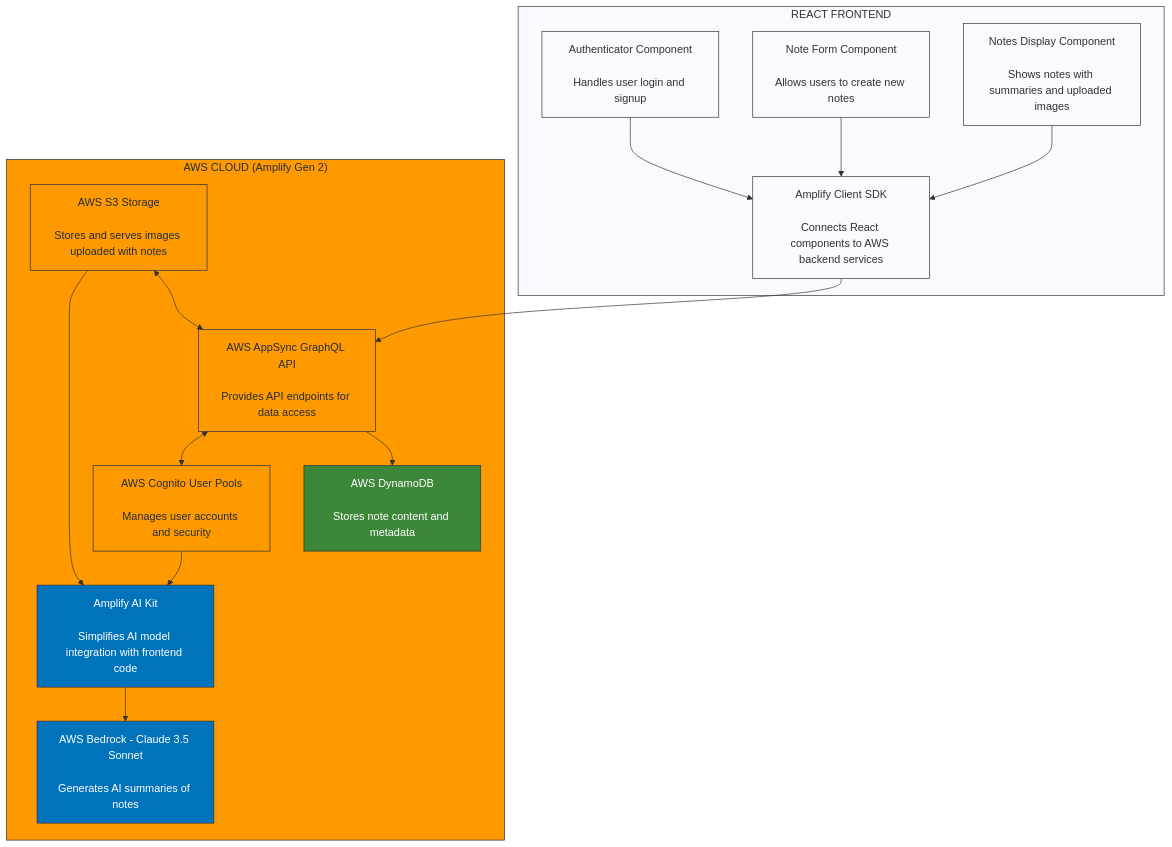
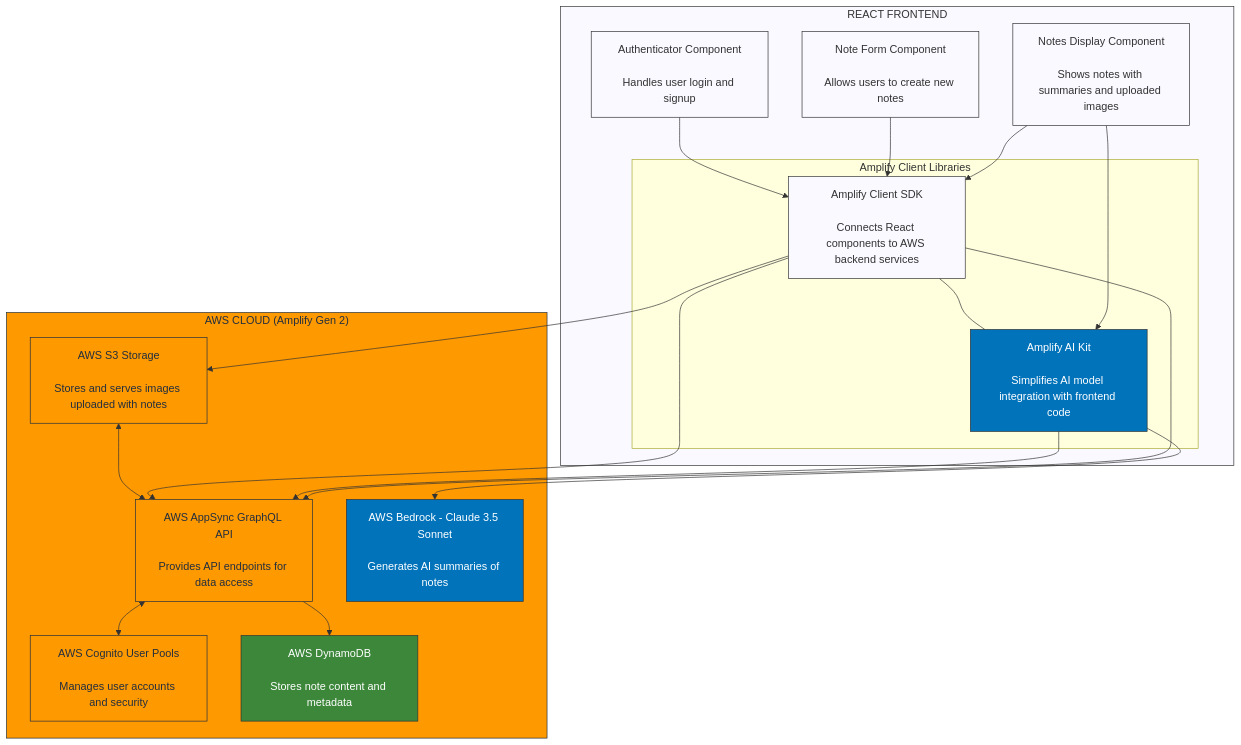
The diagram in README.md (d700qt/react-ai-full-stack-app), drawn with Mermaid before and after one commit. The commit also changed other lines of this file, not shown here.

````diff
--- a/README.md
+++ b/README.md
@@ -11,47 +11,56 @@
 ```mermaid
 flowchart TD
     %% Frontend Section
     subgraph Frontend["REACT FRONTEND"]
-        Auth["Authenticator Component\n\nHandles user login and signup"]
-        Form["Note Form Component\n\nAllows users to create new notes"]
-        Display["Notes Display Component\n\nShows notes with summaries and uploaded images"]
-        SDK["Amplify Client SDK\n\nConnects React components to AWS backend services"]
+        Auth["Authenticator Component<br><br>Handles user login and signup"]
+        Form["Note Form Component<br><br>Allows users to create new notes"]
+        Display["Notes Display Component<br><br>Shows notes with summaries and uploaded images"]
+        
+        subgraph ClientSDK["Amplify Client Libraries"]
+            SDK["Amplify Client SDK<br><br>Connects React components to AWS backend services"]
+            AIKit["Amplify AI Kit<br><br>Simplifies AI model integration with frontend code"]
+            
+            SDK --- AIKit
+        end
         
         Auth --> SDK
         Form --> SDK
         Display --> SDK
+        Display --> AIKit
     end
     
     %% Backend Section
     subgraph Cloud["AWS CLOUD (Amplify Gen 2)"]
-        Cognito["AWS Cognito User Pools\n\nManages user accounts and security"]
-        AppSync["AWS AppSync GraphQL API\n\nProvides API endpoints for data access"]
-        S3["AWS S3 Storage\n\nStores and serves images uploaded with notes"]
-        DynamoDB["AWS DynamoDB\n\nStores note content and metadata"]
-        AIKit["Amplify AI Kit\n\nSimplifies AI model integration with frontend code"]
-        Bedrock["AWS Bedrock - Claude 3.5 Sonnet\n\nGenerates AI summaries of notes"]
+        Cognito["AWS Cognito User Pools<br><br>Manages user accounts and security"]
+        AppSync["AWS AppSync GraphQL API<br><br>Provides API endpoints for data access"]
+        S3["AWS S3 Storage<br><br>Stores and serves images uploaded with notes"]
+        DynamoDB["AWS DynamoDB<br><br>Stores note content and metadata"]
+        Bedrock["AWS Bedrock - Claude 3.5 Sonnet<br><br>Generates AI summaries of notes"]
         
         AppSync --> DynamoDB
         AppSync <--> Cognito
         S3 <--> AppSync
-        Cognito --> AIKit
-        S3 --> AIKit
-        AIKit --> Bedrock
     end
+    
+    %% Connections between Frontend and Backend
+    SDK --> AppSync
+    SDK --> S3
+    AIKit --> Bedrock
+    AIKit --> AppSync
     
     %% Connection between Frontend and Backend
     SDK --> AppSync
     
     %% Styling
     classDef frontend fill:#f9f9ff,stroke:#333,stroke-width:1px
     classDef aws fill:#FF9900,stroke:#232F3E,stroke-width:1px,color:#232F3E
     classDef database fill:#3C873A,stroke:#333,stroke-width:1px,color:white
     classDef ai fill:#0073BB,stroke:#333,stroke-width:1px,color:white
     
     class Frontend frontend
     class Auth,Form,Display,SDK frontend
     class Cloud aws
     class Cognito,AppSync,S3 aws
     class DynamoDB database
     class AIKit,Bedrock ai
 ```
````
